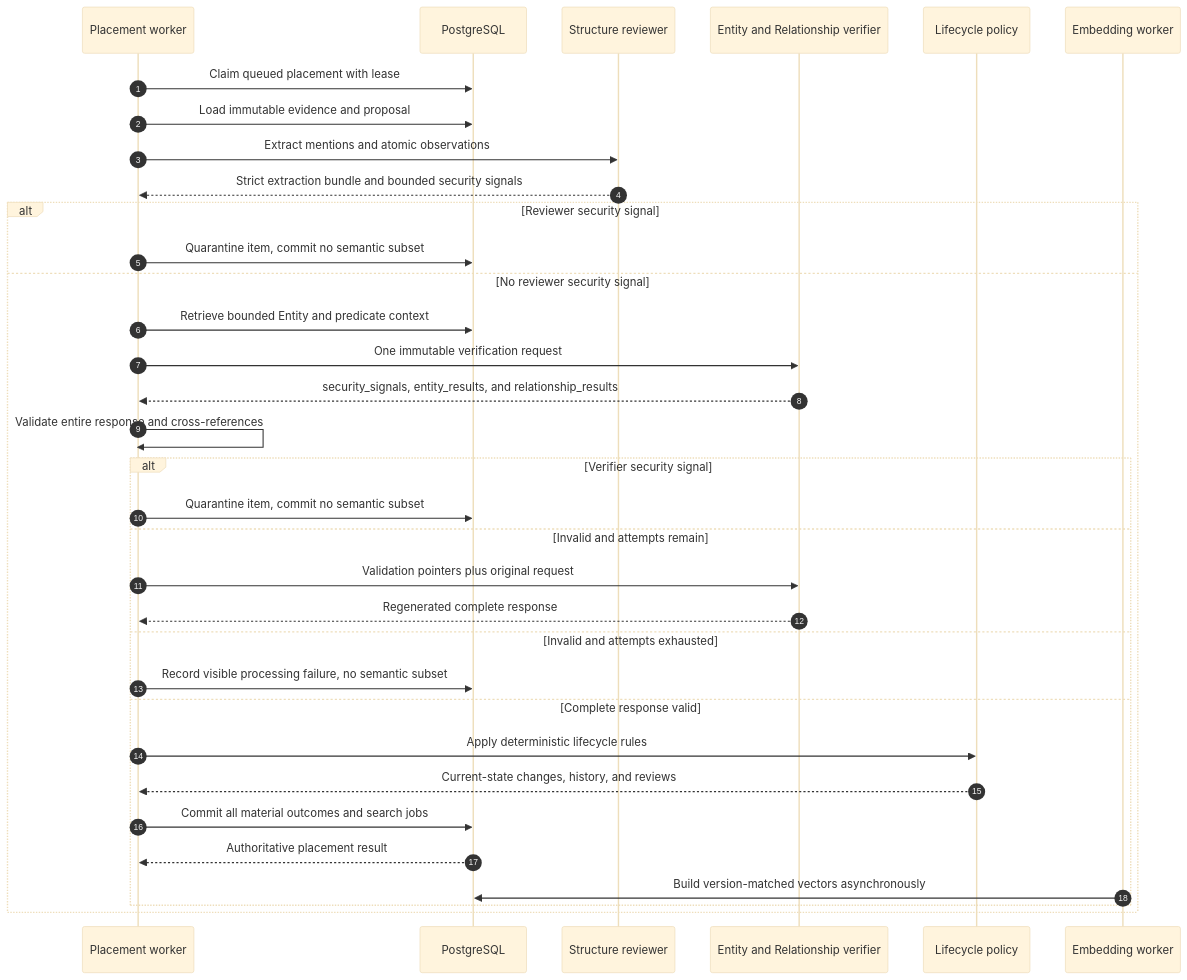
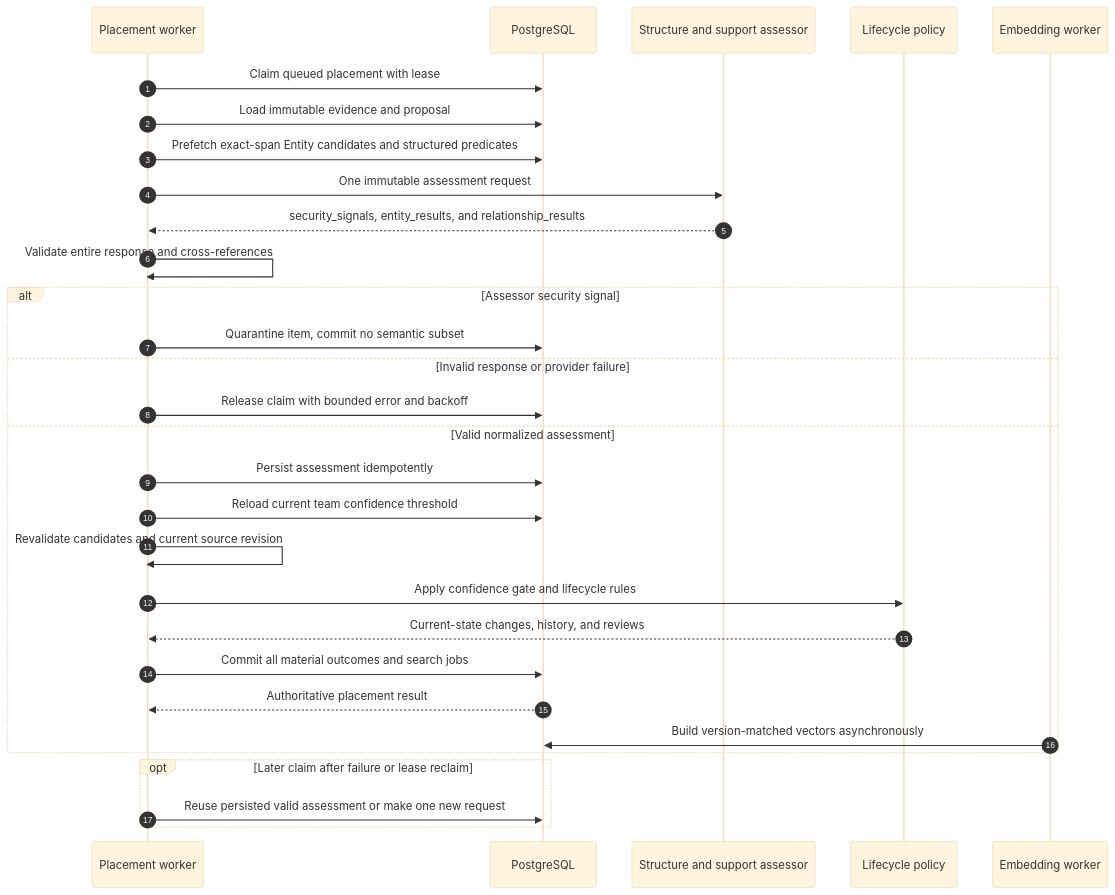
Before and after one commit to markhuangai/dense-mem: the third of 14 diagrams in Write-Pipeline.md, drawn with Mermaid (base theme). The commit also changed other lines of this file and 24 other files, not shown here.

Commit message:
Document V2.4 one-call placement architecture

````diff
--- a/Write-Pipeline.md
+++ b/Write-Pipeline.md
@@ -80,38 +80,34 @@
 ```mermaid
 %%{init: {"sequence": {"rightAngles": true}}}%%
 sequenceDiagram
   autonumber
   participant W as Placement worker
   participant PG as PostgreSQL
-  participant X as Structure reviewer
-  participant V as Entity and Relationship verifier
+  participant A as Structure and support assessor
   participant P as Lifecycle policy
   participant E as Embedding worker
 
   W->>PG: Claim queued placement with lease
   W->>PG: Load immutable evidence and proposal
-  W->>X: Extract mentions and atomic observations
-  X-->>W: Strict extraction bundle and bounded security signals
-  alt Reviewer security signal
+  W->>PG: Prefetch exact-span Entity candidates and structured predicates
+  W->>A: One immutable assessment request
+  A-->>W: security_signals, entity_results, and relationship_results
+  W->>W: Validate entire response and cross-references
+  alt Assessor security signal
     W->>PG: Quarantine item, commit no semantic subset
-  else No reviewer security signal
-  W->>PG: Retrieve bounded Entity and predicate context
-  W->>V: One immutable verification request
-  V-->>W: security_signals, entity_results, and relationship_results
-  W->>W: Validate entire response and cross-references
-  alt Verifier security signal
-    W->>PG: Quarantine item, commit no semantic subset
-  else Invalid and attempts remain
-    W->>V: Validation pointers plus original request
-    V-->>W: Regenerated complete response
-  else Invalid and attempts exhausted
-    W->>PG: Record visible processing failure, no semantic subset
-  else Complete response valid
-    W->>P: Apply deterministic lifecycle rules
+  else Invalid response or provider failure
+    W->>PG: Release claim with bounded error and backoff
+  else Valid normalized assessment
+    W->>PG: Persist assessment idempotently
+    W->>PG: Reload current team confidence threshold
+    W->>W: Revalidate candidates and current source revision
+    W->>P: Apply confidence gate and lifecycle rules
     P-->>W: Current-state changes, history, and reviews
     W->>PG: Commit all material outcomes and search jobs
     PG-->>W: Authoritative placement result
     E->>PG: Build version-matched vectors asynchronously
   end
+  opt Later claim after failure or lease reclaim
+    W->>PG: Reuse persisted valid assessment or make one new request
   end
 ```
````
